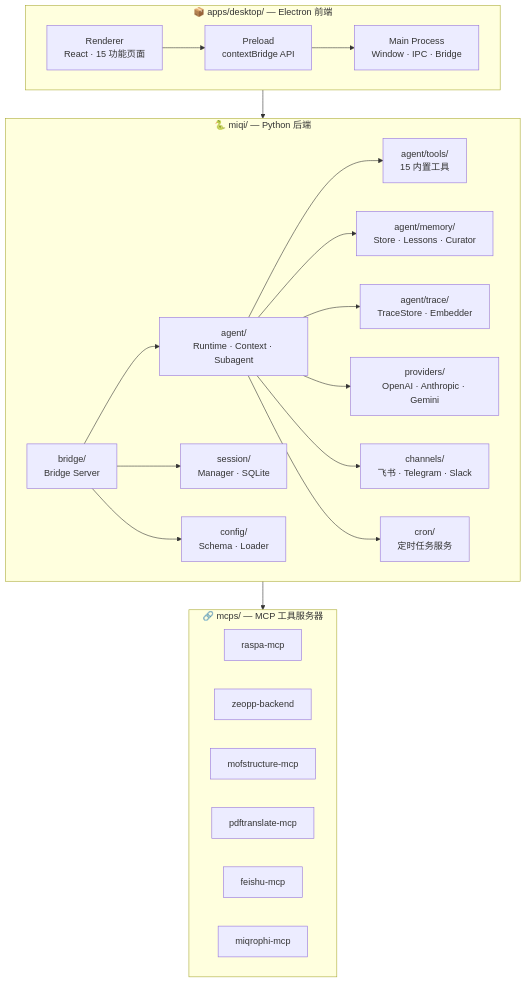
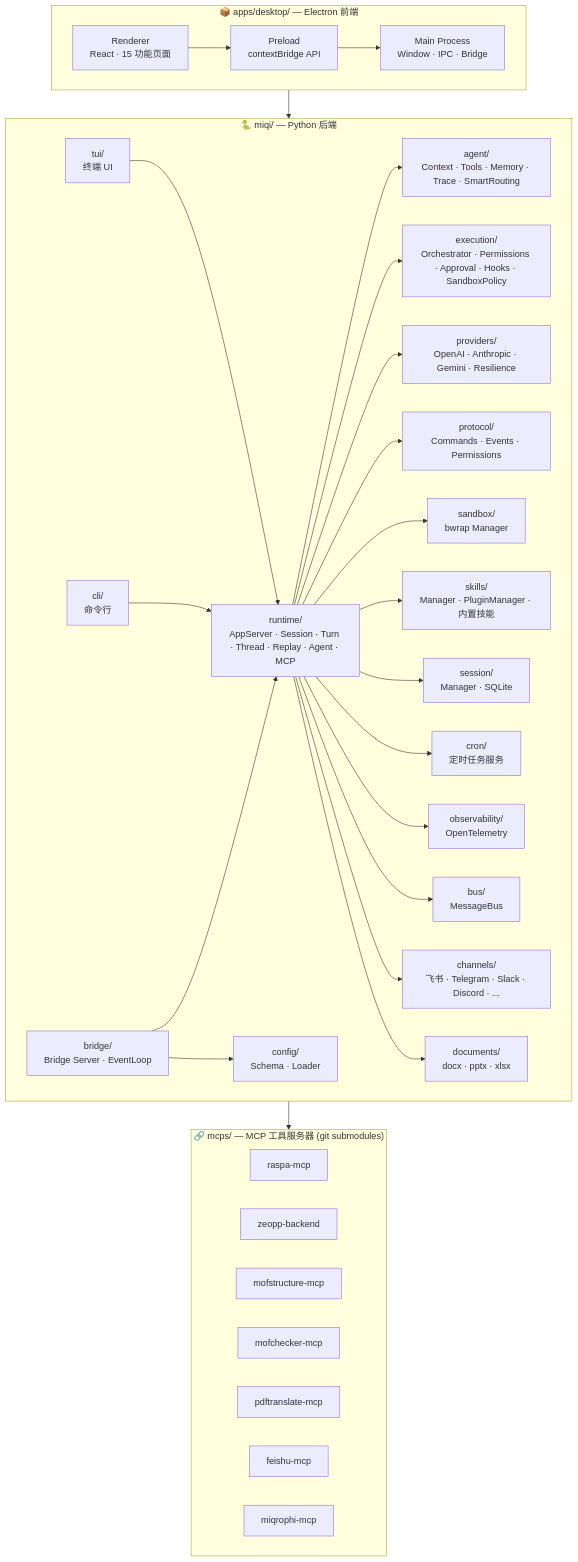
Before and after one commit to 14790897/MiQi: the diagram in docs/architecture/project-structure.md, drawn with Mermaid. The commit also changed other lines of this file and 12 other files, not shown here.

````diff
--- a/docs/architecture/project-structure.md
+++ b/docs/architecture/project-structure.md
@@ -5,46 +5,61 @@
 ```mermaid
 graph TB
     subgraph APPS["📦 apps/desktop/ — Electron 前端"]
         direction LR
         MAIN["Main Process<br/>Window · IPC · Bridge"]
         RENDERER["Renderer<br/>React · 15 功能页面"]
         PRELOAD["Preload<br/>contextBridge API"]
     end
 
     subgraph MIQI["🐍 miqi/ — Python 后端"]
         direction LR
-        AGENT["agent/<br/>Runtime · Context · Subagent"]
-        TOOLS["agent/tools/<br/>15 内置工具"]
-        BRIDGE["bridge/<br/>Bridge Server"]
-        MEMORY["agent/memory/<br/>Store · Lessons · Curator"]
-        TRACE["agent/trace/<br/>TraceStore · Embedder"]
-        PROVIDERS["providers/<br/>OpenAI · Anthropic · Gemini"]
+        RUNTIME["runtime/<br/>AppServer · Session · Turn · Thread · Replay · Agent · MCP"]
+        AGENT["agent/<br/>Context · Tools · Memory · Trace · SmartRouting"]
+        BRIDGE["bridge/<br/>Bridge Server · EventLoop"]
+        EXECUTION["execution/<br/>Orchestrator · Permissions · Approval · Hooks · SandboxPolicy"]
+        PROVIDERS["providers/<br/>OpenAI · Anthropic · Gemini · Resilience"]
+        PROTOCOL["protocol/<br/>Commands · Events · Permissions"]
+        SANDBOX["sandbox/<br/>bwrap Manager"]
+        SKILLS["skills/<br/>Manager · PluginManager · 内置技能"]
         SESSION["session/<br/>Manager · SQLite"]
         CONFIG["config/<br/>Schema · Loader"]
-        CHANNELS["channels/<br/>飞书 · Telegram · Slack"]
+        CHANNELS["channels/<br/>飞书 · Telegram · Slack · Discord · ..."]
         CRON["cron/<br/>定时任务服务"]
+        OBSERVABILITY["observability/<br/>OpenTelemetry"]
+        BUS["bus/<br/>MessageBus"]
+        CLI["cli/<br/>命令行"]
+        DOCUMENTS["documents/<br/>docx · pptx · xlsx"]
+        TUI["tui/<br/>终端 UI"]
     end
 
-    subgraph MCPS["🔗 mcps/ — MCP 工具服务器"]
+    subgraph MCPS["🔗 mcps/ — MCP 工具服务器 (git submodules)"]
         direction LR
         RASPA["raspa-mcp"]
         ZEO["zeopp-backend"]
         MOFSTRUCT["mofstructure-mcp"]
+        MOFCHECK["mofchecker-mcp"]
         PDFTL["pdftranslate-mcp"]
         FEISHU["feishu-mcp"]
         MIQRO["miqrophi-mcp"]
     end
 
     RENDERER --> PRELOAD --> MAIN
     MAIN --> BRIDGE
-    BRIDGE --> AGENT
-    AGENT --> TOOLS
-    AGENT --> MEMORY
-    AGENT --> TRACE
-    AGENT --> PROVIDERS
-    BRIDGE --> SESSION
+    BRIDGE --> RUNTIME
+    RUNTIME --> AGENT
+    RUNTIME --> EXECUTION
+    RUNTIME --> PROVIDERS
+    RUNTIME --> PROTOCOL
+    RUNTIME --> SANDBOX
+    RUNTIME --> SKILLS
+    RUNTIME --> SESSION
+    RUNTIME --> CRON
+    RUNTIME --> OBSERVABILITY
+    RUNTIME --> BUS
     BRIDGE --> CONFIG
-    TOOLS --> MCPS
-    AGENT --> CHANNELS
-    AGENT --> CRON
+    AGENT --> MCPS
+    RUNTIME --> CHANNELS
+    RUNTIME --> DOCUMENTS
+    CLI --> RUNTIME
+    TUI --> RUNTIME
 ```
````
